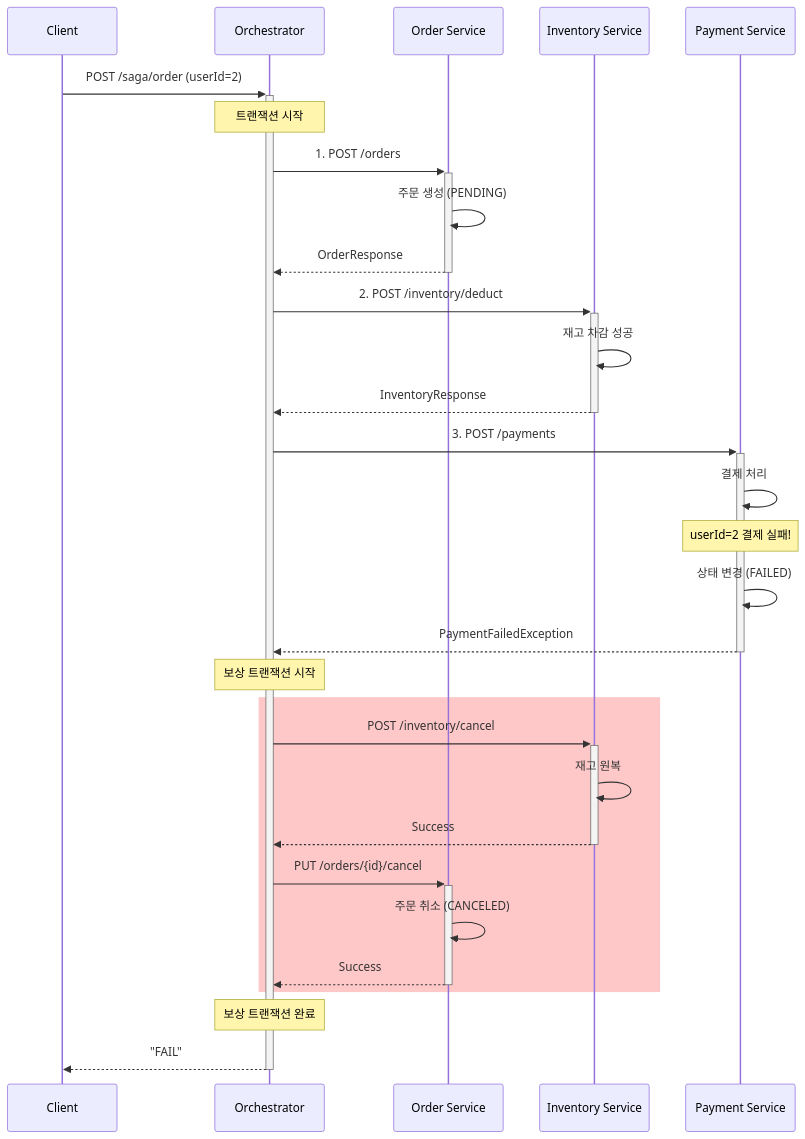
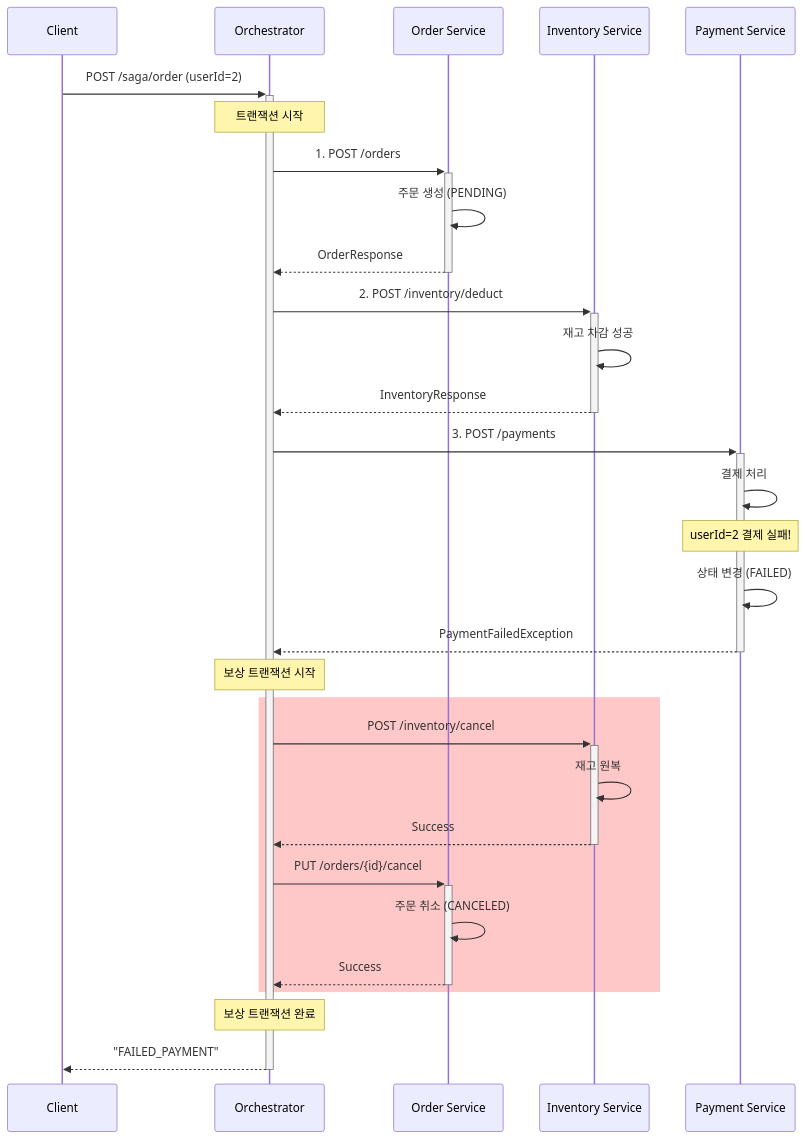
Before and after one commit to kimjunyoung90/saga-examples: the third of 4 diagrams in orchestration/README.md, drawn with Mermaid. The commit also changed other lines of this file, not shown here.

````diff
--- a/orchestration/README.md
+++ b/orchestration/README.md
@@ -165,39 +170,39 @@
 ```mermaid
 sequenceDiagram
     participant C as Client
     participant O as Orchestrator
     participant Order as Order Service
     participant Inv as Inventory Service
     participant Pay as Payment Service
 
     C->>+O: POST /saga/order (userId=2)
     Note over O: 트랜잭션 시작
 
     O->>+Order: 1. POST /orders
     Order->>Order: 주문 생성 (PENDING)
     Order-->>-O: OrderResponse
 
     O->>+Inv: 2. POST /inventory/deduct
     Inv->>Inv: 재고 차감 성공
     Inv-->>-O: InventoryResponse
 
     O->>+Pay: 3. POST /payments
     Pay->>Pay: 결제 처리
     Note over Pay: userId=2 결제 실패!
     Pay->>Pay: 상태 변경 (FAILED)
     Pay-->>-O: PaymentFailedException
 
     Note over O: 보상 트랜잭션 시작
     rect rgb(255, 200, 200)
         O->>+Inv: POST /inventory/cancel
         Inv->>Inv: 재고 원복
         Inv-->>-O: Success
 
         O->>+Order: PUT /orders/{id}/cancel
         Order->>Order: 주문 취소 (CANCELED)
         Order-->>-O: Success
     end
 
     Note over O: 보상 트랜잭션 완료
-    O-->>-C: "FAIL"
+    O-->>-C: "FAILED_PAYMENT"
 ```
````
